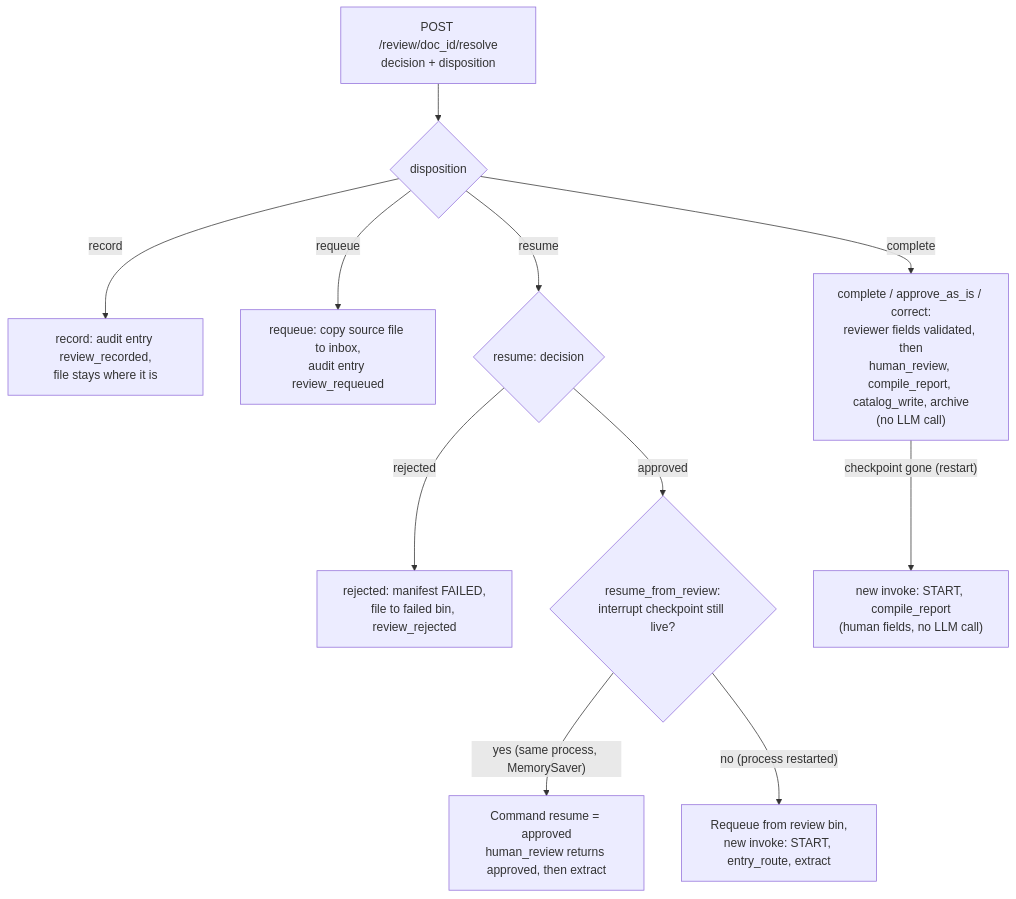
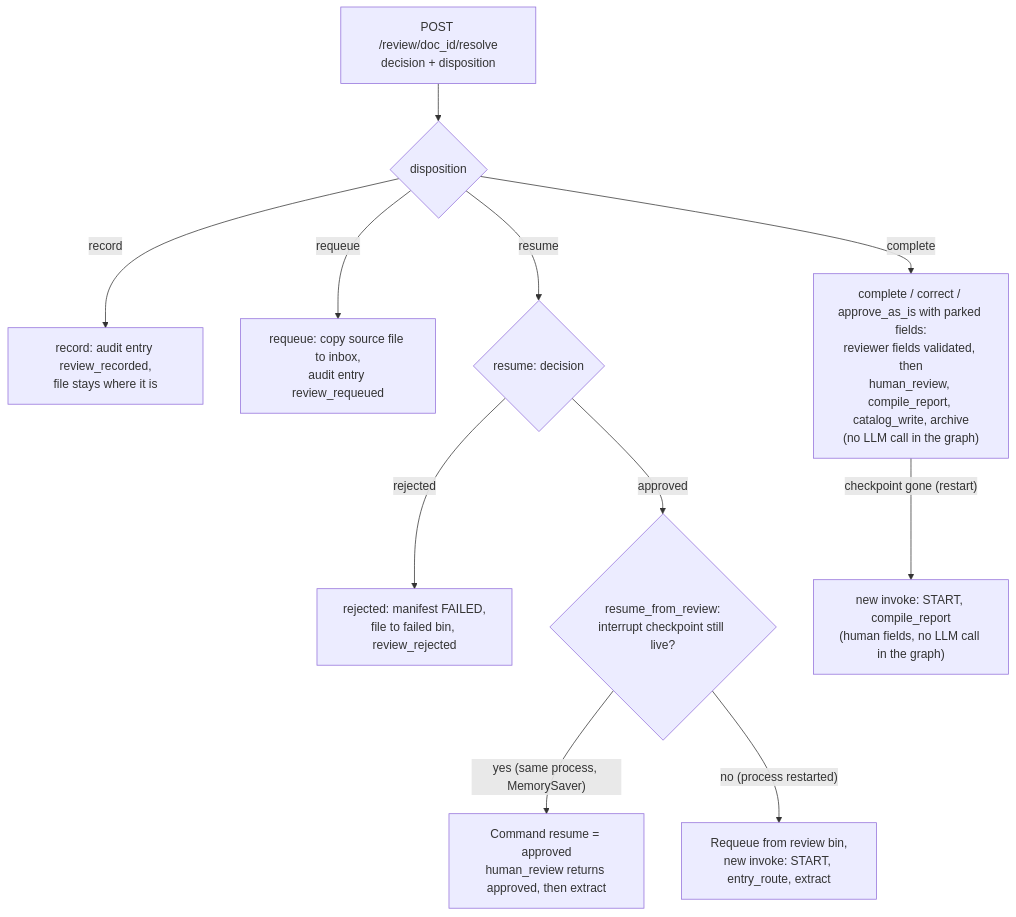
Before and after one commit to Exios66/llm-mailroom: the third of 3 diagrams in docs/the-pipeline-in-depth/flowchart.md, drawn with Mermaid. The commit also changed other lines of this file and 4 other files, not shown here.

First line of the commit message:
docs(review): scope the no-LLM tail, rejection fallback and field-less approve_as_is

````diff
--- a/docs/the-pipeline-in-depth/flowchart.md
+++ b/docs/the-pipeline-in-depth/flowchart.md
@@ -306,25 +306,25 @@
 ```mermaid
 flowchart TD
     REQ["POST /review/doc_id/resolve<br/>decision + disposition"]
     DISP{"disposition"}
     REC["record: audit entry review_recorded,<br/>file stays where it is"]
     REQ_IN["requeue: copy source file to inbox,<br/>audit entry review_requeued"]
-    COMP["complete / approve_as_is / correct:<br/>reviewer fields validated, then<br/>human_review, compile_report, catalog_write, archive<br/>(no LLM call)"]
+    COMP["complete / correct / approve_as_is with parked fields:<br/>reviewer fields validated, then<br/>human_review, compile_report, catalog_write, archive<br/>(no LLM call in the graph)"]
     DEC{"resume: decision"}
     REJ["rejected: manifest FAILED,<br/>file to failed bin, review_rejected"]
     RFR{"resume_from_review:<br/>interrupt checkpoint still live?"}
     CMD["Command resume = approved<br/>human_review returns approved, then extract"]
     FRESH["Requeue from review bin,<br/>new invoke: START, entry_route, extract"]
-    FRESHC["new invoke: START, compile_report<br/>(human fields, no LLM call)"]
+    FRESHC["new invoke: START, compile_report<br/>(human fields, no LLM call in the graph)"]
 
     REQ --> DISP
     DISP -- "record" --> REC
     DISP -- "requeue" --> REQ_IN
     DISP -- "complete" --> COMP
     COMP -- "checkpoint gone (restart)" --> FRESHC
     DISP -- "resume" --> DEC
     DEC -- "rejected" --> REJ
     DEC -- "approved" --> RFR
     RFR -- "yes (same process, MemorySaver)" --> CMD
     RFR -- "no (process restarted)" --> FRESH
 ```
````
